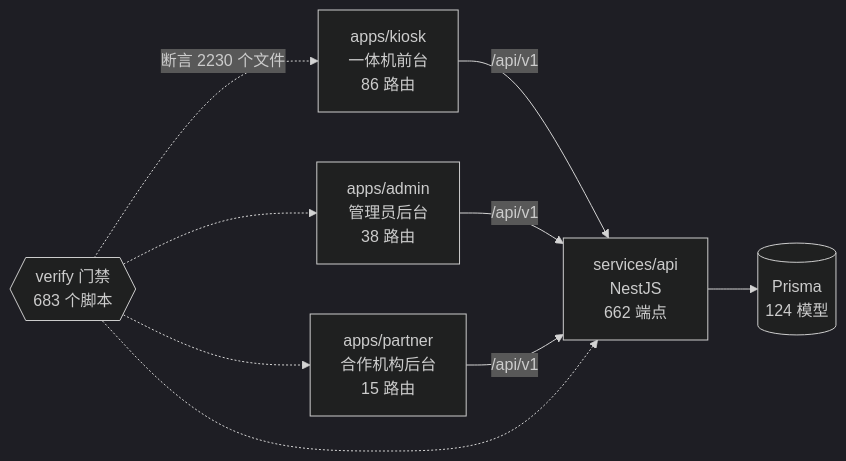
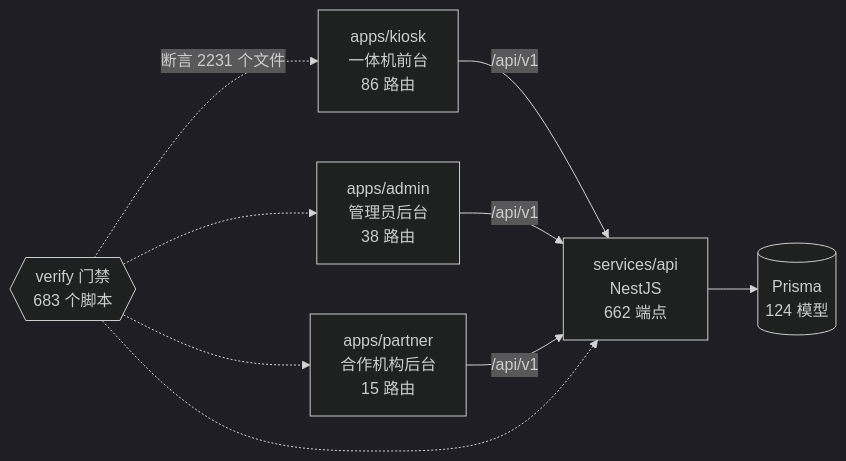
One commit to wanglei581/YITIJI changed the diagram in docs/graph/README.md. Above: the diagram before and after it, drawn with Mermaid (dark theme). The commit also changed other lines of this file and 3 other files, not shown here.

First line of the commit message:
并入 origin/main 之后，图谱按代码重生

````diff
--- a/docs/graph/README.md
+++ b/docs/graph/README.md
@@ -68,18 +68,18 @@
 ```mermaid
 flowchart LR
   kiosk["apps/kiosk<br/>一体机前台<br/>86 路由"]
   admin["apps/admin<br/>管理员后台<br/>38 路由"]
   partner["apps/partner<br/>合作机构后台<br/>15 路由"]
   api["services/api<br/>NestJS<br/>662 端点"]
   db[("Prisma<br/>124 模型")]
   gates{{"verify 门禁<br/>683 个脚本"}}
 
   kiosk -->|"/api/v1"| api
   admin -->|"/api/v1"| api
   partner -->|"/api/v1"| api
   api --> db
-  gates -.->|"断言 2230 个文件"| kiosk
+  gates -.->|"断言 2231 个文件"| kiosk
   gates -.-> admin
   gates -.-> partner
   gates -.-> api
 ```
````
